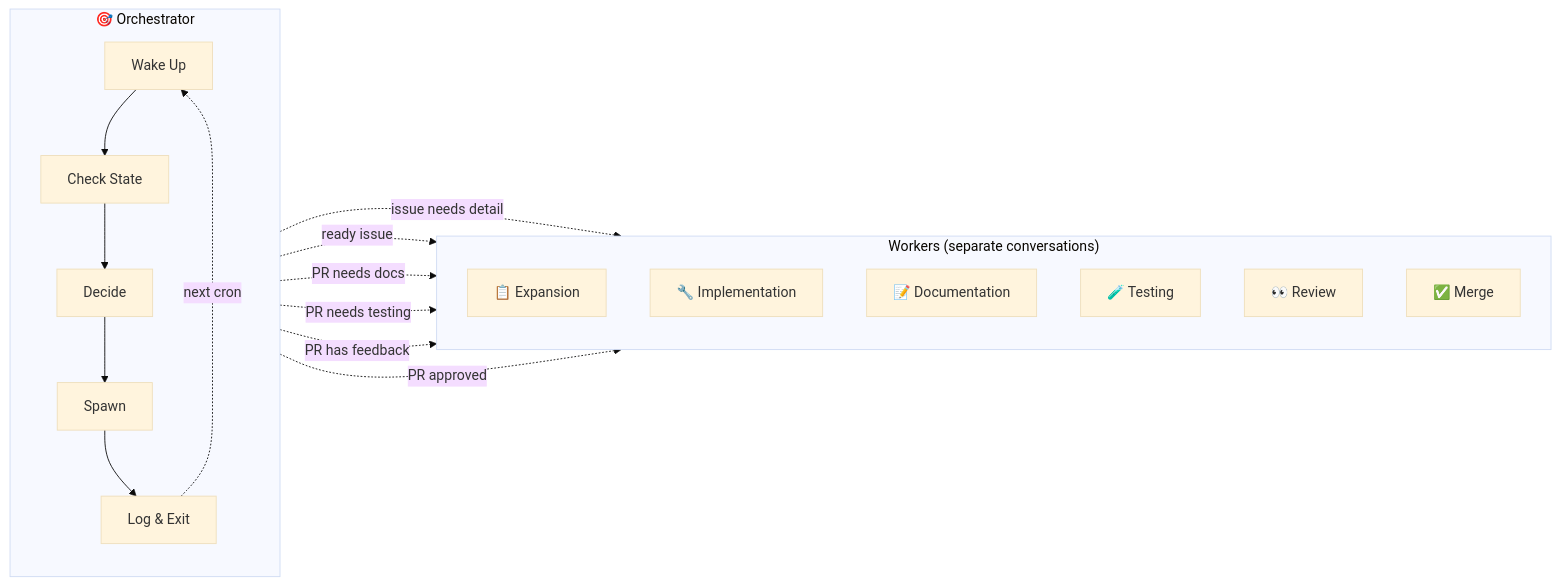
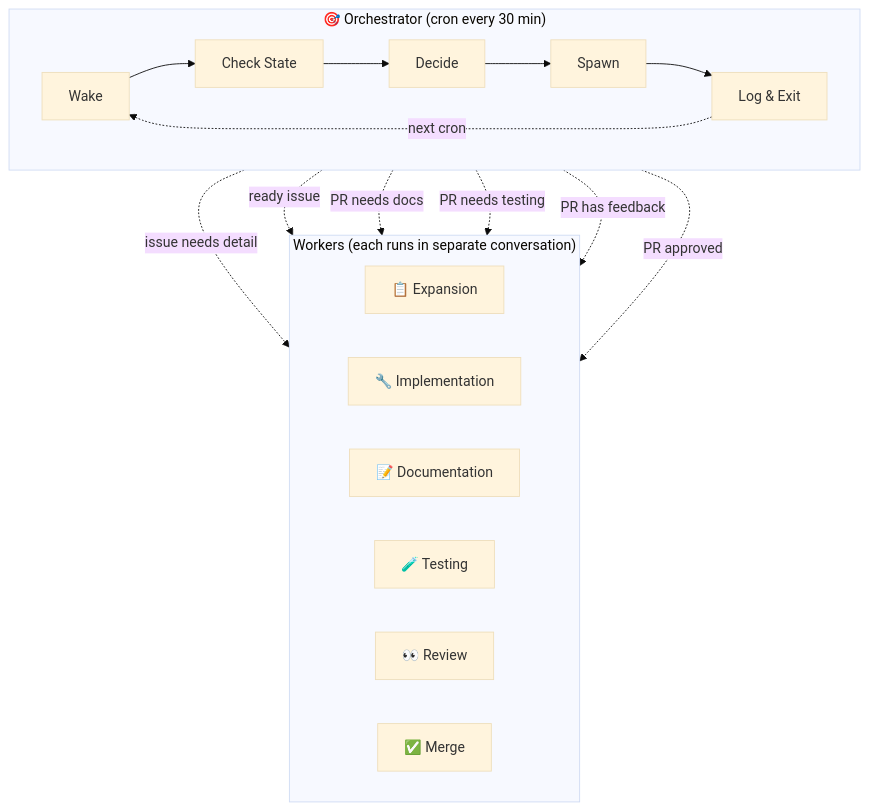
The first of 3 diagrams in plugins/ohtv-workflow/README.md (jpshackelford/.openhands), drawn with Mermaid (base theme) before and after one commit.

Commit message:
fix: position Orchestrator at top, Workers below
Changed to flowchart TB (top-to-bottom) with:
- Orchestrator subgraph at top with LR internal flow
- Workers subgraph below with LR layout
- Dispatch lines flow downward from Decide to workers

````diff
--- a/plugins/ohtv-workflow/README.md
+++ b/plugins/ohtv-workflow/README.md
@@ -7,31 +7,26 @@
 ```mermaid
-flowchart LR
-    subgraph Orch["🎯 Orchestrator"]
-        direction TB
-        wake["Wake Up"]
-        check["Check State"]
-        decide["Decide"]
-        spawn["Spawn"]
-        log["Log & Exit"]
-        wake --> check --> decide --> spawn --> log
+flowchart TB
+    subgraph Orch["🎯 Orchestrator (cron every 30 min)"]
+        direction LR
+        wake["Wake"] --> check["Check State"] --> decide["Decide"] --> spawn["Spawn"] --> log["Log & Exit"]
     end
 
-    subgraph Workers["Workers (separate conversations)"]
-        direction TB
+    log -.->|"next cron"| wake
+
+    subgraph Workers["Workers (each runs in separate conversation)"]
+        direction LR
         exp["📋 Expansion"]
         imp["🔧 Implementation"]
         doc["📝 Documentation"]
         tst["🧪 Testing"]
         rev["👀 Review"]
         mrg["✅ Merge"]
     end
 
     decide -.->|"issue needs detail"| exp
     decide -.->|"ready issue"| imp
     decide -.->|"PR needs docs"| doc
     decide -.->|"PR needs testing"| tst
     decide -.->|"PR has feedback"| rev
     decide -.->|"PR approved"| mrg
-
-    log -.->|"next cron"| wake
 ```
````
